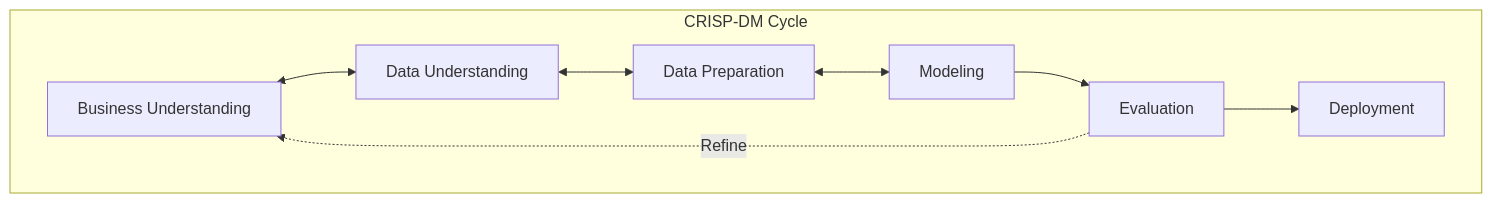
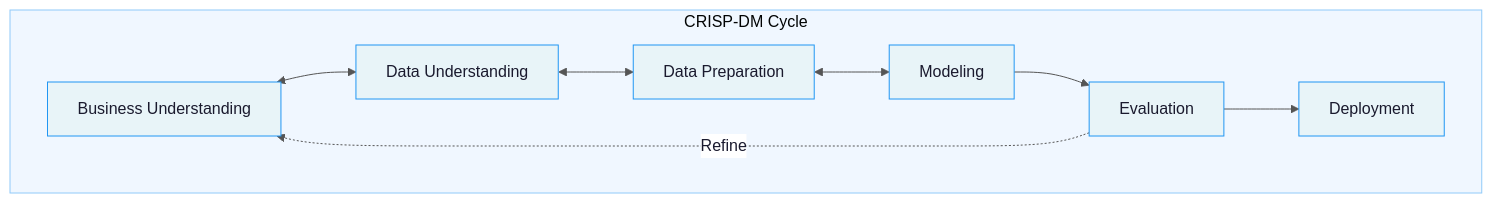
The fourth of 5 diagrams in notes/data_analysis/Chapter1_Introduction_to_DAV.md (DeepLumiere/DeepSkills), drawn with Mermaid before and after one commit. The commit also changed other lines of this file and 40 other files, not shown here.

````diff
--- a/notes/data_analysis/Chapter1_Introduction_to_DAV.md
+++ b/notes/data_analysis/Chapter1_Introduction_to_DAV.md
@@ -236,11 +480,23 @@
 ```mermaid
+
+%%{init: {'theme': 'base', 'themeVariables': {'primaryColor': '#e8f4f8', 'primaryBorderColor': '#2196F3', 'primaryTextColor': '#1a1a2e', 'lineColor': '#555', 'edgeLabelBackground': '#ffffff', 'clusterBkg': '#f0f7ff', 'clusterBorder': '#90caf9'}} }%%
+
 flowchart TD
-    subgraph CRISP_DM [CRISP-DM Cycle]
+
+    subgraph CRISP_DM ["CRISP-DM Cycle"]
+
         A[Business Understanding] <--> B[Data Understanding]
+
         B <--> C[Data Preparation]
+
         C <--> D[Modeling]
+
         D --> E[Evaluation]
+
         E --> F[Deployment]
+
         E -.->|Refine| A
+
     end
+
 ```
````
